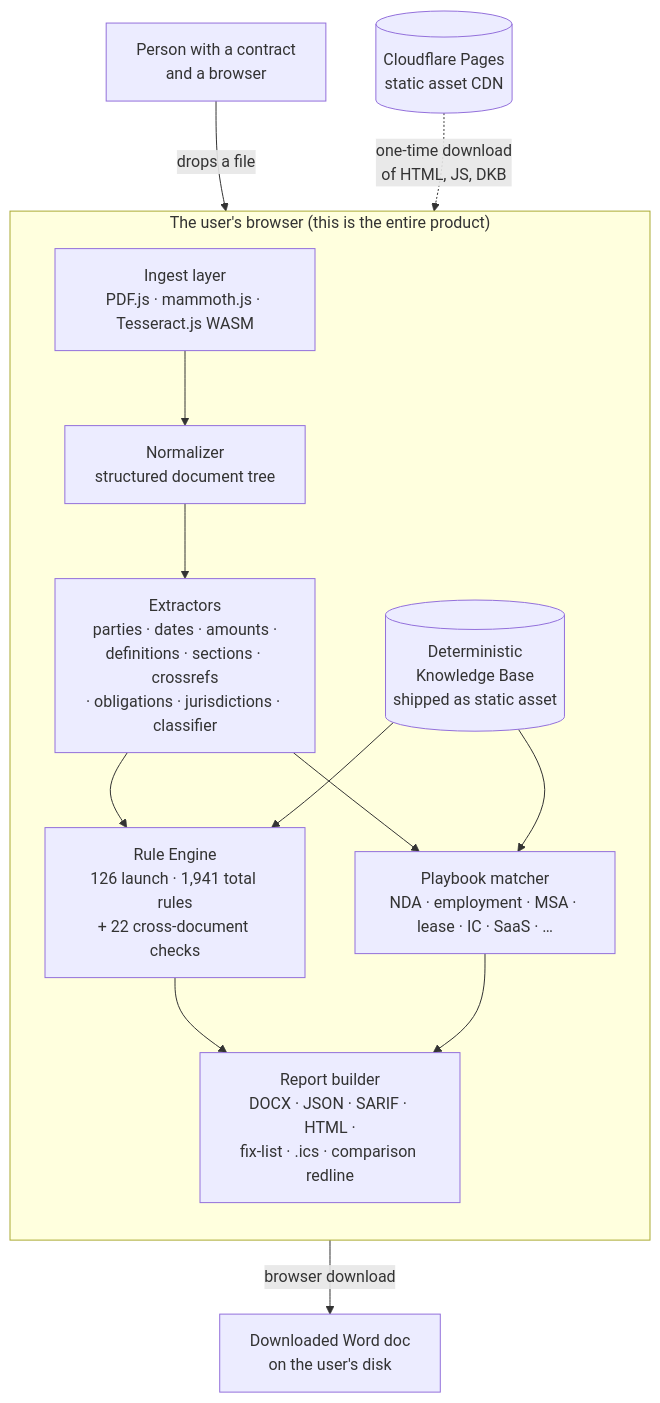
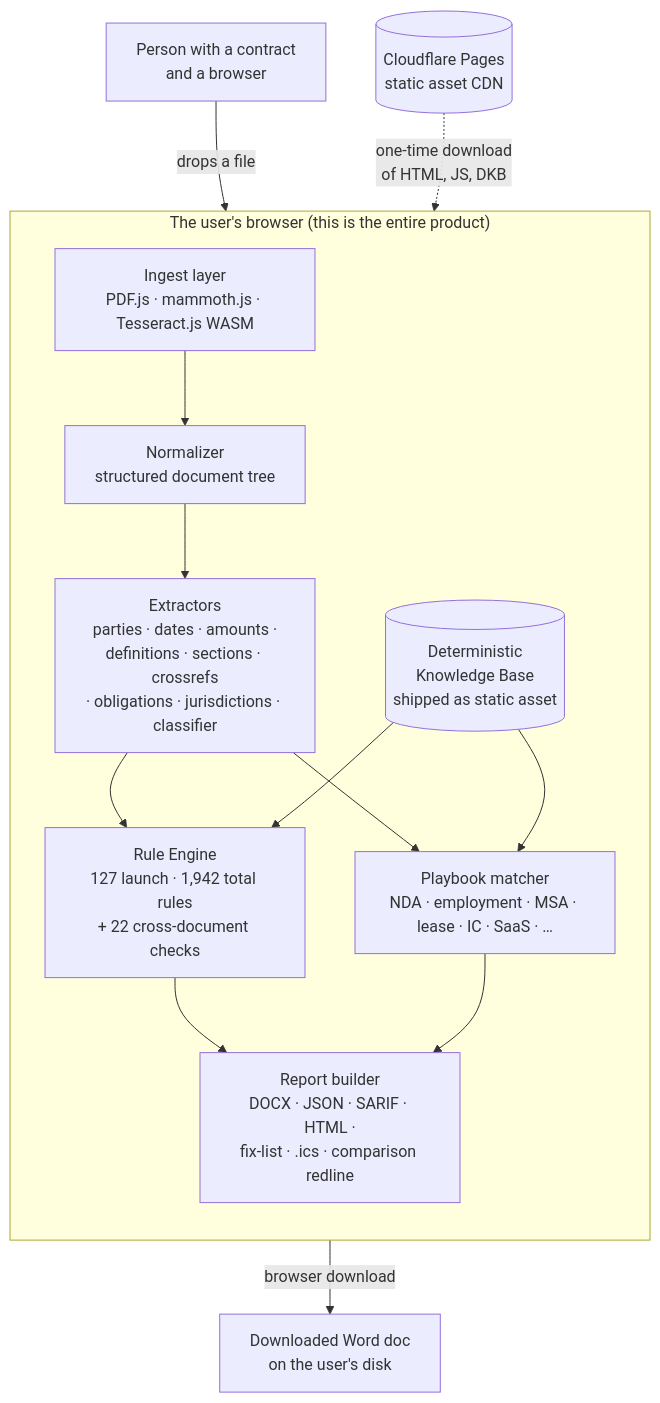
The diagram in docs/architecture.md (clay-good/vaulytica), drawn with Mermaid before and after one commit. The commit also changed other lines of this file and 387 other files, not shown here.

````diff
--- a/docs/architecture.md
+++ b/docs/architecture.md
@@ -5,28 +5,28 @@
 ```mermaid
 flowchart TB
     user[Person with a contract<br/>and a browser]
 
     subgraph browser["The user's browser (this is the entire product)"]
         direction TB
         ingest[Ingest layer<br/>PDF.js · mammoth.js · Tesseract.js WASM]
         normalize[Normalizer<br/>structured document tree]
         extract[Extractors<br/>parties · dates · amounts ·<br/>definitions · sections · crossrefs<br/>· obligations · jurisdictions · classifier]
-        engine[Rule Engine<br/>126 launch · 1,941 total rules<br/>+ 22 cross-document checks]
+        engine[Rule Engine<br/>127 launch · 1,942 total rules<br/>+ 22 cross-document checks]
         playbook[Playbook matcher<br/>NDA · employment · MSA · lease · IC · SaaS · …]
         dkb[(Deterministic<br/>Knowledge Base<br/>shipped as static asset)]
         report[Report builder<br/>DOCX · JSON · SARIF · HTML ·<br/>fix-list · .ics · comparison redline]
     end
 
     cdn[(Cloudflare Pages<br/>static asset CDN)]
     download[Downloaded Word doc<br/>on the user's disk]
 
     user -- "drops a file" --> ingest
     cdn -. "one-time download<br/>of HTML, JS, DKB" .-> browser
     ingest --> normalize --> extract --> engine
     extract --> playbook
     dkb --> engine
     dkb --> playbook
     engine --> report
     playbook --> report
     report -- "browser download" --> download
 ```
````
